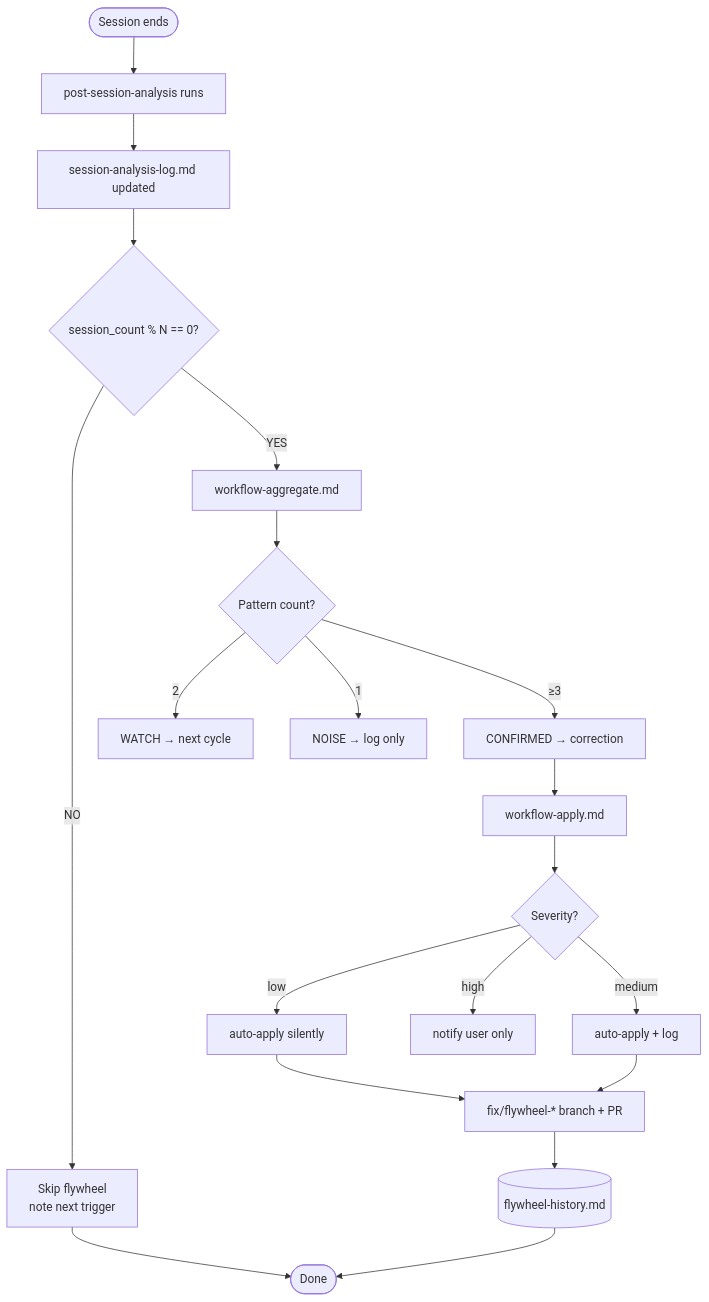
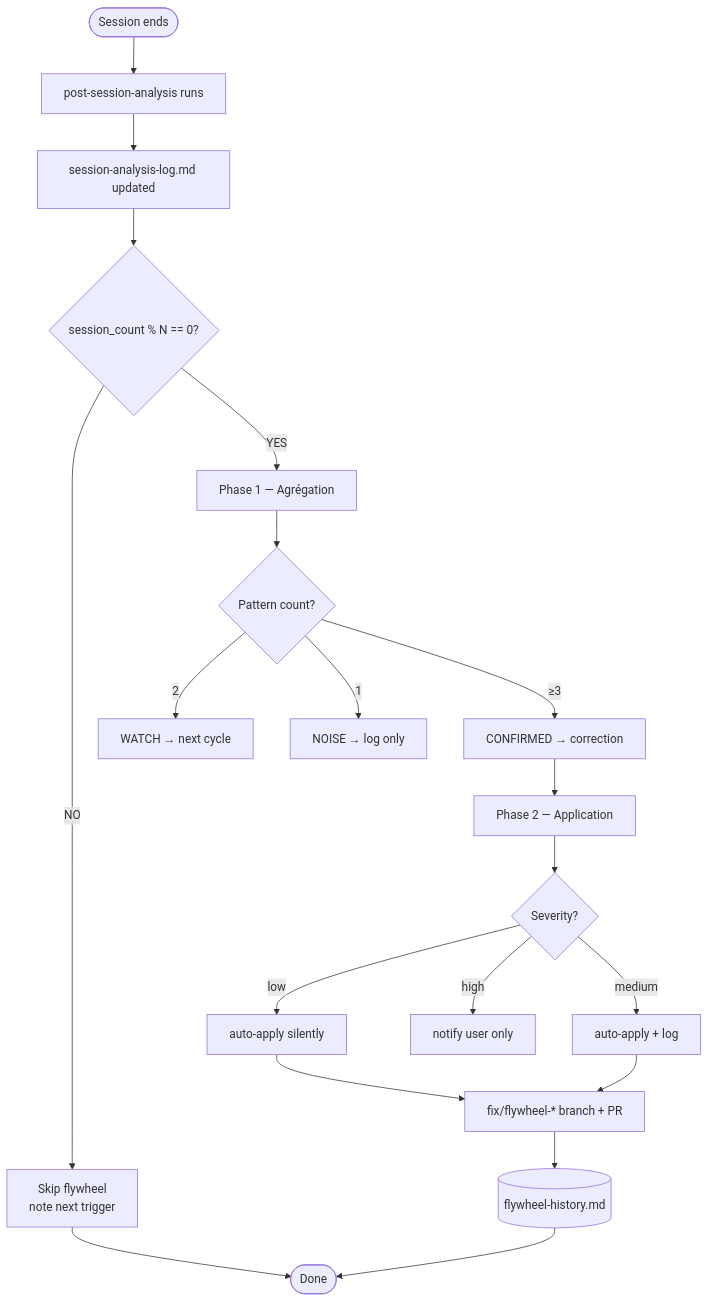
One commit to zavrocKk/zav-sandbox changed the diagram in .github/skills/cognitive-flywheel/SKILL.md. Above: the diagram before and after it, drawn with Mermaid. The commit also changed other lines of this file and 74 other files, not shown here.

````diff
--- a/.github/skills/cognitive-flywheel/SKILL.md
+++ b/.github/skills/cognitive-flywheel/SKILL.md
@@ -13,22 +13,22 @@
 ```mermaid
 flowchart TD
     A([Session ends]) --> B[post-session-analysis runs]
   B --> LOG[session-analysis-log.md updated]
     LOG --> CNT{session_count % N == 0?}
     CNT -->|NO| SKIP[Skip flywheel\nnote next trigger]
     SKIP --> END([Done])
-    CNT -->|YES| AGG[workflow-aggregate.md]
+    CNT -->|YES| AGG[Phase 1 — Agrégation]
     AGG --> PAT{Pattern count?}
     PAT -->|≥3| CONF[CONFIRMED → correction]
     PAT -->|2| WATCH[WATCH → next cycle]
     PAT -->|1| NOISE[NOISE → log only]
-    CONF --> APP[workflow-apply.md]
+    CONF --> APP[Phase 2 — Application]
     APP --> SEV{Severity?}
     SEV -->|low| AUTO1[auto-apply silently]
     SEV -->|medium| AUTO2[auto-apply + log]
     SEV -->|high| NOTIF[notify user only]
     AUTO1 --> PR[fix/flywheel-* branch + PR]
     AUTO2 --> PR
     PR --> HIST[(flywheel-history.md)]
     HIST --> END
 ```
````
